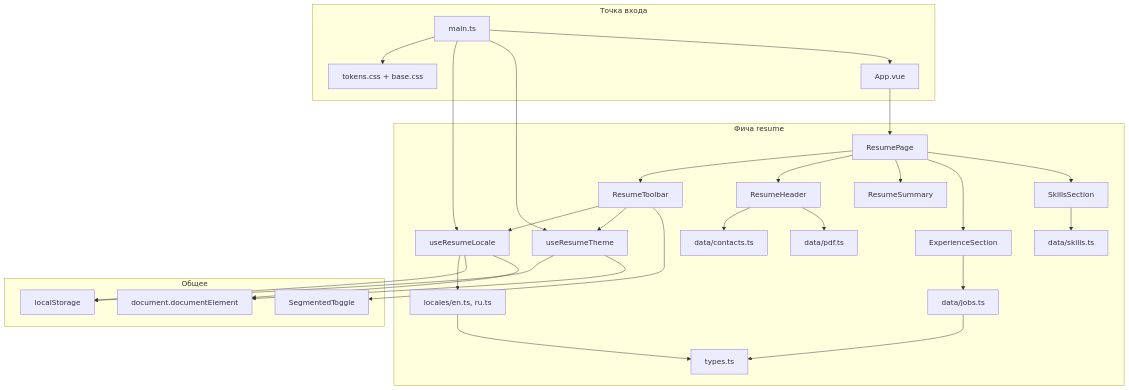
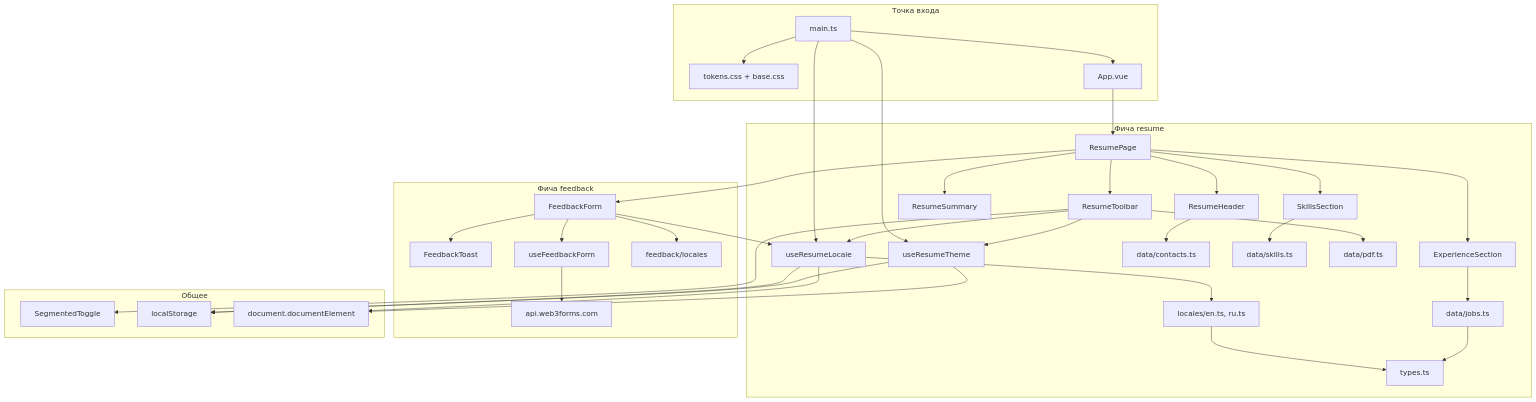
One commit to rbarakhvostov/rbarakhvostov-cv-vue changed the first of 2 diagrams in README.md. Above: the diagram before and after it, drawn with Mermaid. The commit also changed other lines of this file, not shown here.

First line of the commit message:
document the feedback form and system theme in the readme

````diff
--- a/README.md
+++ b/README.md
@@ -68,61 +79,76 @@
 ```mermaid
 flowchart TB
   subgraph bootstrap [Точка входа]
     Main["main.ts"]
     Tokens["tokens.css + base.css"]
     App["App.vue"]
   end
 
   subgraph feature [Фича resume]
     Page["ResumePage"]
     Toolbar["ResumeToolbar"]
     Header["ResumeHeader"]
     Summary["ResumeSummary"]
     Experience["ExperienceSection"]
     Skills["SkillsSection"]
 
     Locale["useResumeLocale"]
     Theme["useResumeTheme"]
 
     Copy["locales/en.ts, ru.ts"]
     Jobs["data/jobs.ts"]
     Contacts["data/contacts.ts"]
     SkillsData["data/skills.ts"]
     Pdf["data/pdf.ts"]
     Types["types.ts"]
   end
 
+  subgraph feedbackFeature [Фича feedback]
+    Form["FeedbackForm"]
+    Toast["FeedbackToast"]
+    FeedbackState["useFeedbackForm"]
+    FeedbackCopy["feedback/locales"]
+    Web3Forms["api.web3forms.com"]
+  end
+
   subgraph shared [Общее]
     Toggle["SegmentedToggle"]
     Storage["localStorage"]
     Dom["document.documentElement"]
   end
 
   Main --> Tokens
   Main --> Locale
   Main --> Theme
   Main --> App --> Page
 
   Page --> Toolbar
   Page --> Header
   Page --> Summary
   Page --> Experience
   Page --> Skills
+  Page --> Form
 
   Toolbar --> Locale
   Toolbar --> Theme
   Toolbar --> Toggle
+  Toolbar --> Pdf
   Header --> Contacts
-  Header --> Pdf
   Experience --> Jobs
   Skills --> SkillsData
+
+  Form --> FeedbackState
+  Form --> FeedbackCopy
+  Form --> Toast
+  FeedbackState --> Web3Forms
+  Form --> Locale
 
   Locale --> Copy
   Locale --> Storage
   Locale --> Dom
   Theme --> Storage
   Theme --> Dom
 
   Copy --> Types
   Jobs --> Types
 ```
````
